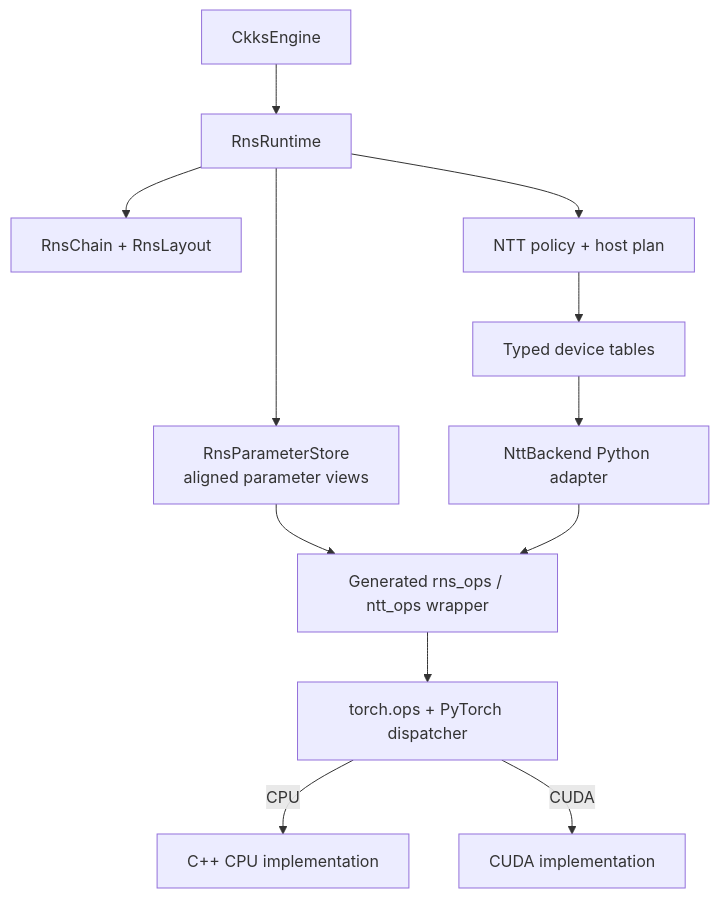
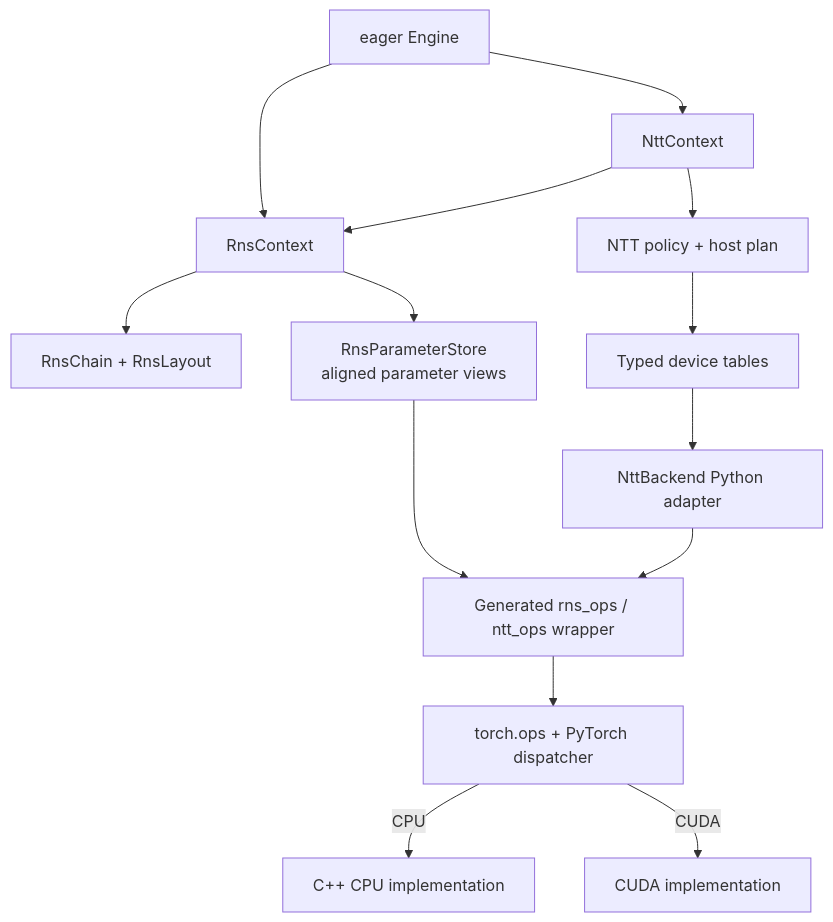
Before and after one commit to visualDust/fhelium: the second of 5 diagrams in docs/developer/rns-and-ntt.md, drawn with Mermaid. The commit also changed other lines of this file and 612 other files, not shown here.

Commit message:
Introduce several architecture changes and support Windows native build

````diff
--- a/docs/developer/rns-and-ntt.md
+++ b/docs/developer/rns-and-ntt.md
@@ -73,23 +81,26 @@
 ```mermaid
 graph TB
-    ENG[CkksEngine]
-    RUN[RnsRuntime]
+    ENG[eager Engine]
+    RNSCTX[RnsContext]
+    NTTCTX[NttContext]
     LAYOUT[RnsChain + RnsLayout]
     PARAM[RnsParameterStore<br/>aligned parameter views]
     PLAN[NTT policy + host plan]
     TABLE[Typed device tables]
     BACKEND[NttBackend Python adapter]
     WRAP[Generated rns_ops / ntt_ops wrapper]
     DISP[torch.ops + PyTorch dispatcher]
     CPU[C++ CPU implementation]
     CUDA[CUDA implementation]
 
-    ENG --> RUN
-    RUN --> LAYOUT
-    RUN --> PARAM
-    RUN --> PLAN --> TABLE --> BACKEND
+    ENG --> RNSCTX
+    ENG --> NTTCTX
+    NTTCTX --> RNSCTX
+    RNSCTX --> LAYOUT
+    RNSCTX --> PARAM
+    NTTCTX --> PLAN --> TABLE --> BACKEND
     PARAM --> WRAP
     BACKEND --> WRAP --> DISP
     DISP -->|CPU| CPU
     DISP -->|CUDA| CUDA
 ```
````
